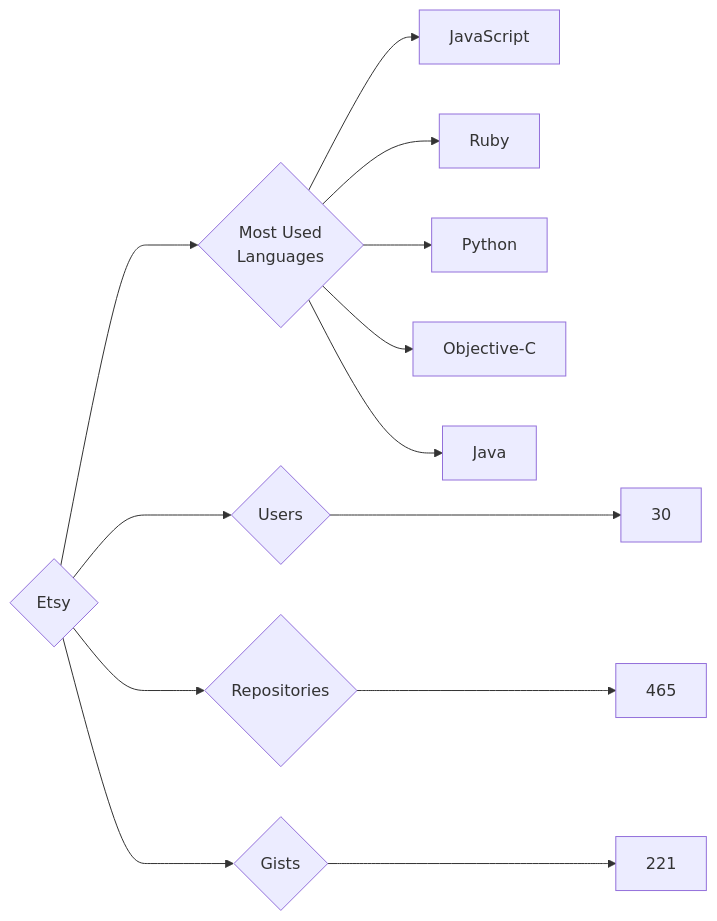
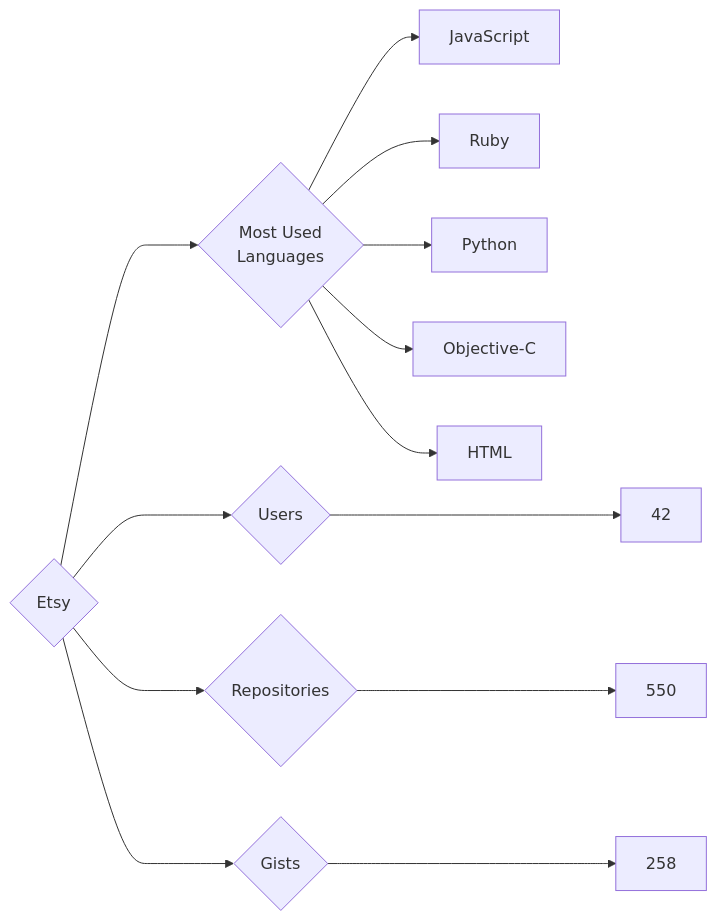
The diagram in targets/Etsy/README.md (trickest/insiders), drawn with Mermaid before and after one commit. The commit also changed 934 other files, not shown here.

````diff
--- a/targets/Etsy/README.md
+++ b/targets/Etsy/README.md
@@ -3,13 +3,13 @@
 ```mermaid
 graph LR
 COMPANY_NAME{Etsy}
-COMPANY_NAME ---> U{Users} ---> UN[30]
-COMPANY_NAME ---> R{Repositories} ---> RN[465]
-COMPANY_NAME ---> G{Gists} ---> GN[221]
+COMPANY_NAME ---> U{Users} ---> UN[42]
+COMPANY_NAME ---> R{Repositories} ---> RN[550]
+COMPANY_NAME ---> G{Gists} ---> GN[258]
 COMPANY_NAME ---> ML{Most Used<br>Languages}
 ML --> JavaScript[JavaScript]
 ML --> Ruby[Ruby]
 ML --> Python[Python]
 ML --> Objective-C[Objective-C]
-ML --> Java[Java]
+ML --> HTML[HTML]
 ```
````
